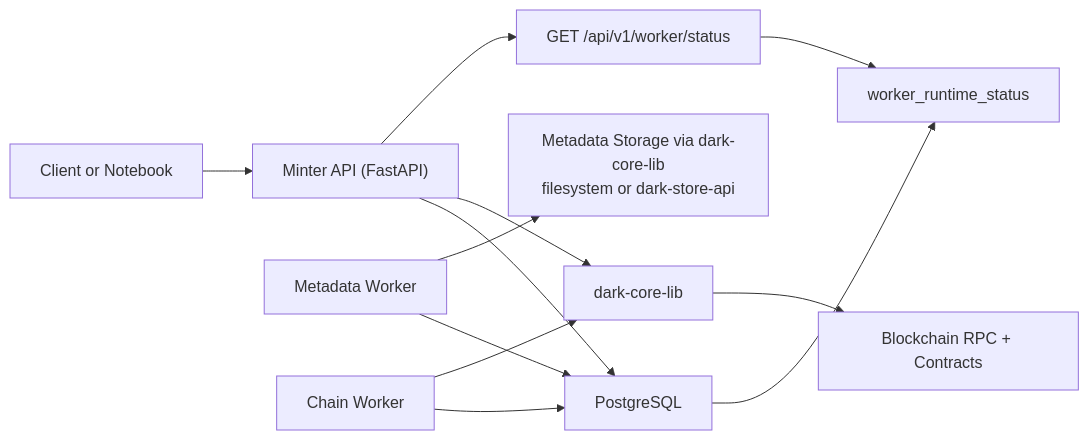
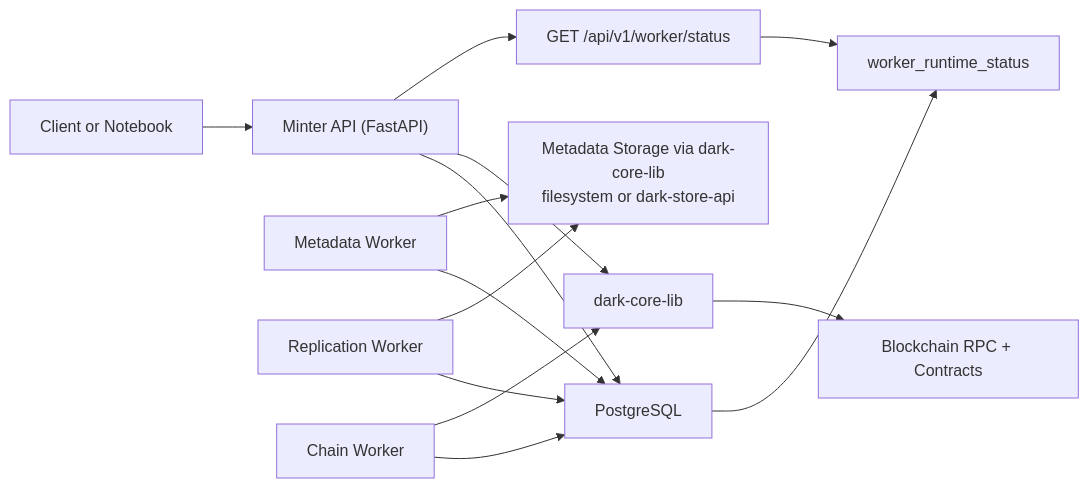
Before and after one commit to LA-Referencia-IOI/dark-core-minter-api: the first of 12 diagrams in README.md, drawn with Mermaid. The commit also changed other lines of this file and 15 other files, not shown here.

Commit message:
feat: separate replication reconciliation worker

````diff
--- a/README.md
+++ b/README.md
@@ -88,17 +90,20 @@
 ```mermaid
 flowchart LR
     C["Client or Notebook"] --> API["Minter API (FastAPI)"]
     API --> DB["PostgreSQL"]
     API --> CORE["dark-core-lib"]
     CORE --> CHAIN["Blockchain RPC + Contracts"]
 
     MW["Metadata Worker"] --> DB
     MW --> STORE["Metadata Storage via dark-core-lib\nfilesystem or dark-store-api"]
 
+    RW["Replication Worker"] --> DB
+    RW --> STORE
+
     CW["Chain Worker"] --> DB
     CW --> CORE
 
     DB --> HB["worker_runtime_status"]
     API --> WS["GET /api/v1/worker/status"]
     WS --> HB
 ```
````
